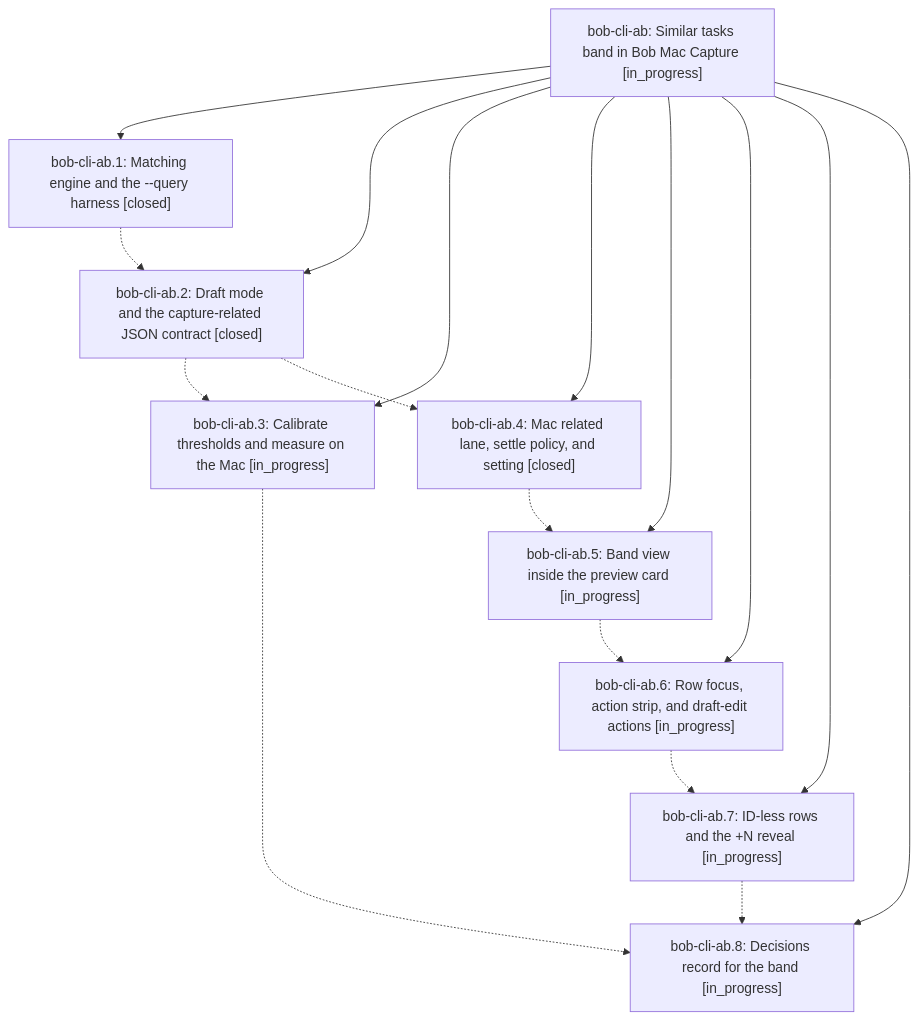
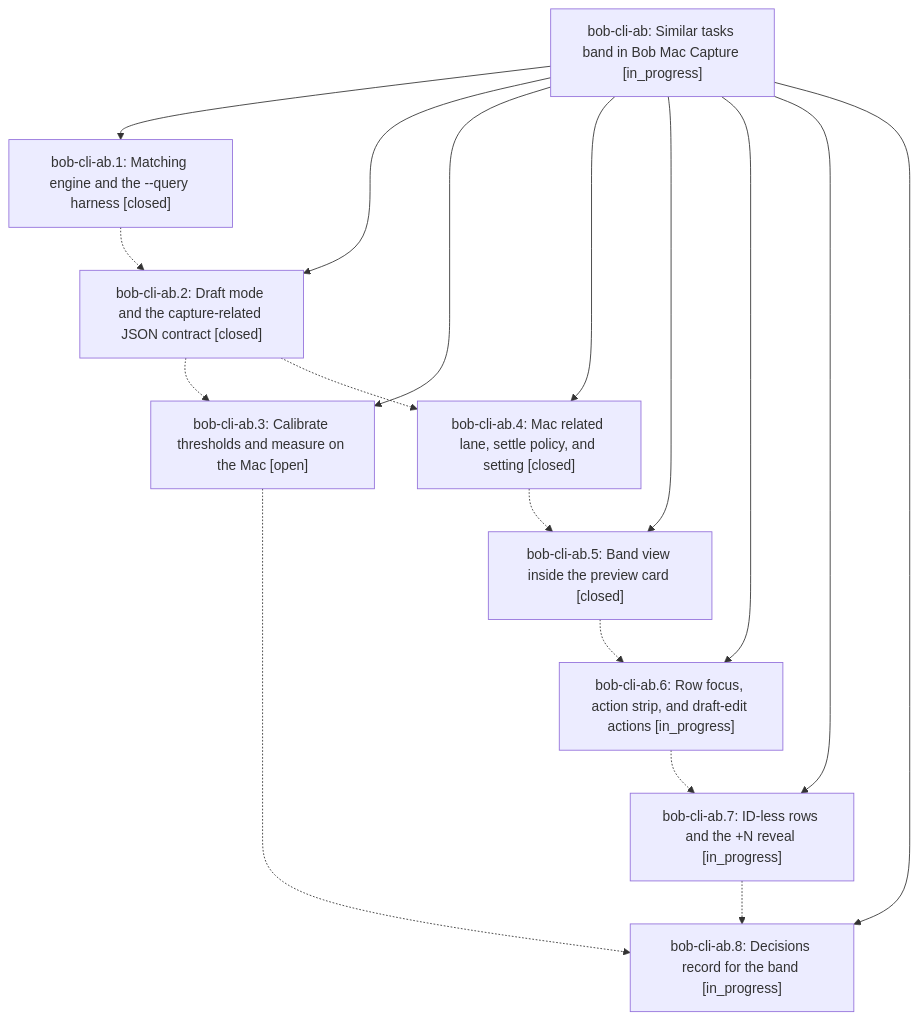
The diagram in pages/bob-cli-ab/README.md (bobs-org/bob-cli--beads), drawn with Mermaid before and after one commit. The commit also changed other lines of this file and 6 other files, not shown here.

First line of the commit message:
chore(beads): sync bead state and pages for bob-cli-ab

````diff
--- a/pages/bob-cli-ab/README.md
+++ b/pages/bob-cli-ab/README.md
@@ -43,28 +43,28 @@
 ```mermaid
 flowchart TD
     n0["bob-cli-ab: Similar tasks band in Bob Mac Capture [in_progress]"]
     n1["bob-cli-ab.1: Matching engine and the --query harness [closed]"]
     n2["bob-cli-ab.2: Draft mode and the capture-related JSON contract [closed]"]
-    n3["bob-cli-ab.3: Calibrate thresholds and measure on the Mac [in_progress]"]
+    n3["bob-cli-ab.3: Calibrate thresholds and measure on the Mac [open]"]
     n4["bob-cli-ab.4: Mac related lane, settle policy, and setting [closed]"]
-    n5["bob-cli-ab.5: Band view inside the preview card [in_progress]"]
+    n5["bob-cli-ab.5: Band view inside the preview card [closed]"]
     n6["bob-cli-ab.6: Row focus, action strip, and draft-edit actions [in_progress]"]
     n7["bob-cli-ab.7: ID-less rows and the +N reveal [in_progress]"]
     n8["bob-cli-ab.8: Decisions record for the band [in_progress]"]
     n0 --> n1
     n0 --> n2
     n0 --> n3
     n0 --> n4
     n0 --> n5
     n0 --> n6
     n0 --> n7
     n0 --> n8
     n1 -.-> n2
     n2 -.-> n3
     n2 -.-> n4
     n3 -.-> n8
     n4 -.-> n5
     n5 -.-> n6
     n6 -.-> n7
     n7 -.-> n8
 ```
````
